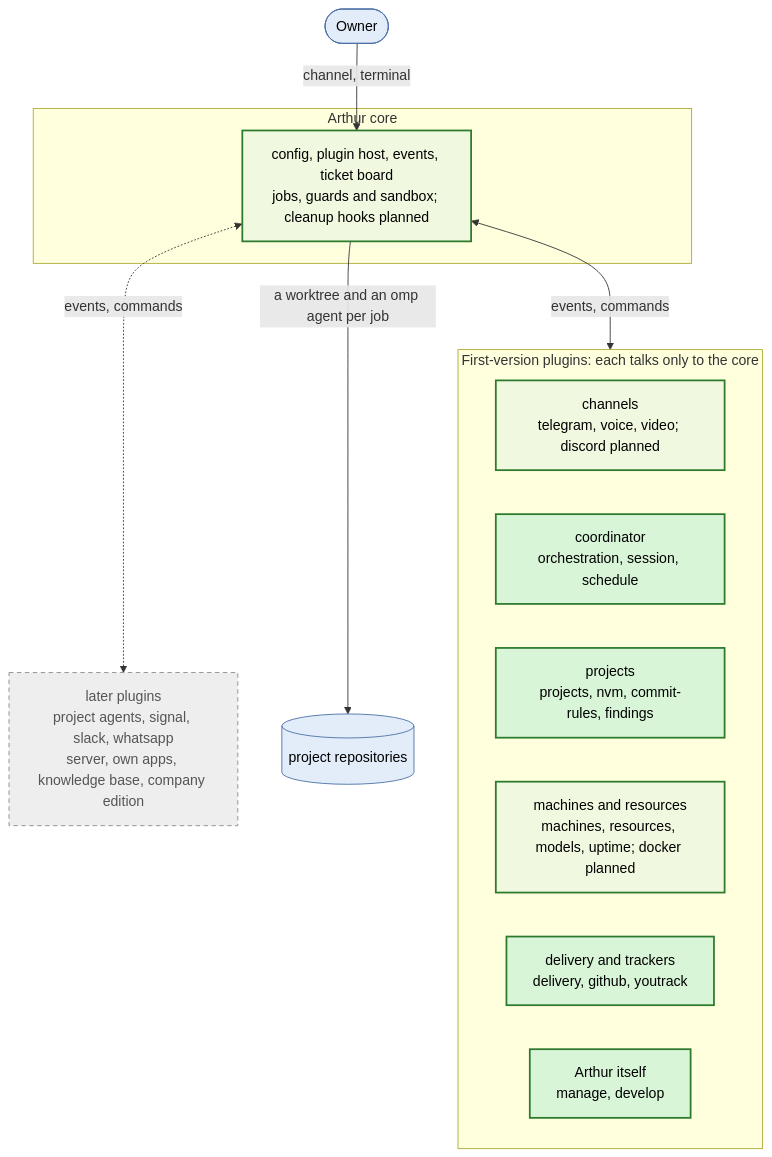
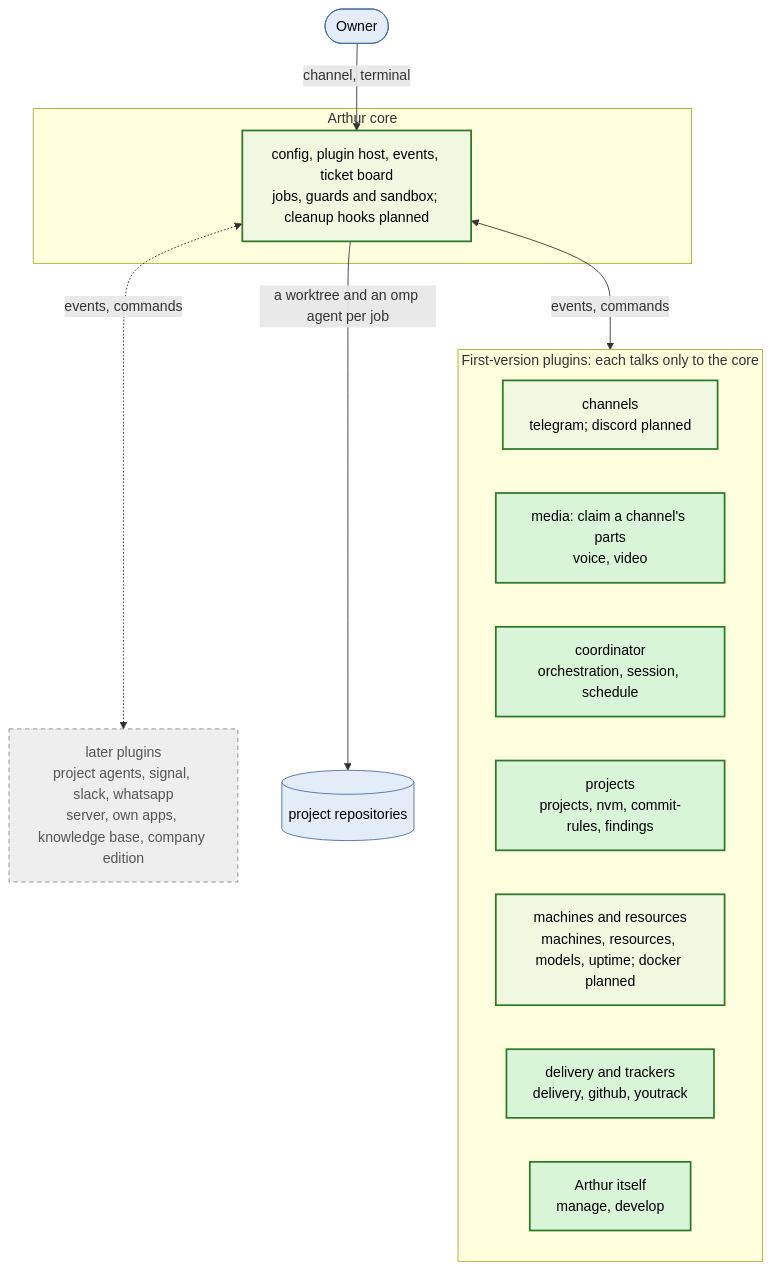
Before and after one commit to kacperadler/arthur: the diagram in README.md, drawn with Mermaid. The commit also changed 3 other files, not shown here.

Commit message:
docs(AR0552): video in diagrams and roadmap, media apart in README

````diff
--- a/README.md
+++ b/README.md
@@ -59,27 +59,28 @@
 ```mermaid
 flowchart TD
   owner([Owner]) -->|channel, terminal| core
   subgraph CORE[Arthur core]
     core[config, plugin host, events, ticket board<br/>jobs, guards and sandbox; cleanup hooks planned]
   end
   subgraph FIRST[First-version plugins: each talks only to the core]
-    chan[channels<br/>telegram, voice, video; discord planned]
+    chan[channels<br/>telegram; discord planned]
+    media[media: claim a channel's parts<br/>voice, video]
     coord[coordinator<br/>orchestration, session, schedule]
     proj[projects<br/>projects, nvm, commit-rules, findings]
     res[machines and resources<br/>machines, resources, models, uptime; docker planned]
     deliv[delivery and trackers<br/>delivery, github, youtrack]
     self[Arthur itself<br/>manage, develop]
   end
   later[later plugins<br/>project agents, signal, slack, whatsapp<br/>server, own apps, knowledge base, company edition]
   core <-->|events, commands| FIRST
   core <-.->|events, commands| later
   core -->|a worktree and an omp agent per job| repos[(project repositories)]
   classDef built fill:#d8f5d8,stroke:#2d7a2d,stroke-width:2px,color:#000;
   classDef partial fill:#f0f9e0,stroke:#2d7a2d,stroke-width:2px,color:#000;
   classDef planned fill:#eee,stroke:#888,stroke-dasharray:5 4,color:#555;
   classDef outside fill:#e3edfa,stroke:#4a6fa5,color:#000;
-  class coord,proj,deliv,self built;
+  class coord,proj,deliv,self,media built;
   class core,chan,res partial;
   class later planned;
   class owner,repos outside;
 ```
````
